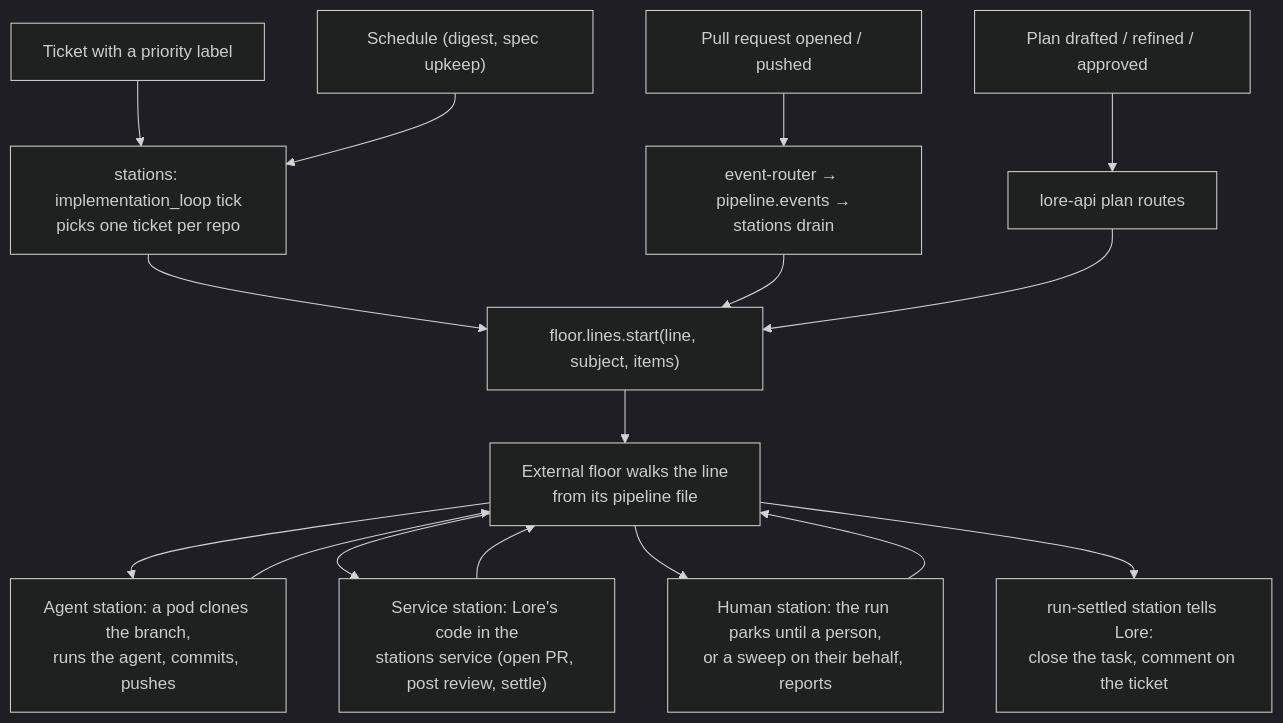
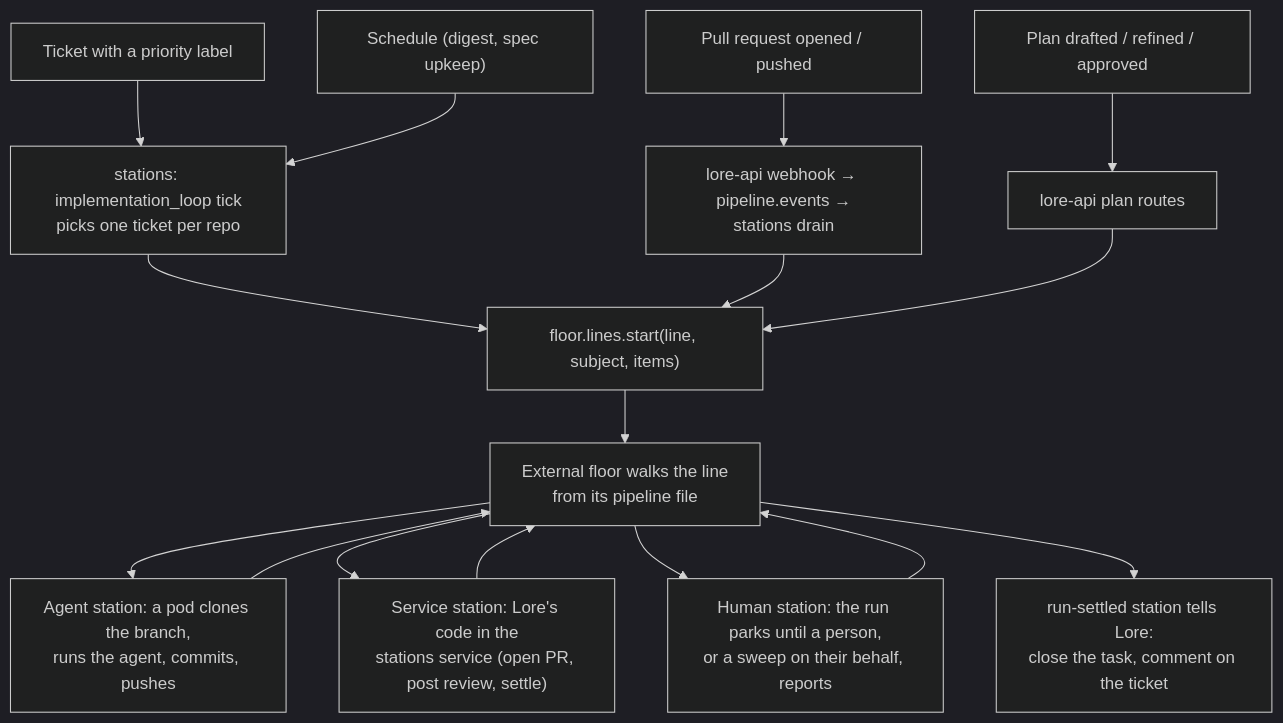
Before and after one commit to re-cinq/lore: the first of 2 diagrams in docs/building-lore/architecture.md, drawn with Mermaid (dark theme). The commit also changed other lines of this file and 70 other files, not shown here.

First line of the commit message:
The event-router is deleted

````diff
--- a/docs/building-lore/architecture.md
+++ b/docs/building-lore/architecture.md
@@ -23,18 +23,18 @@
 ```mermaid
 flowchart TB
     T1["Ticket with a priority label"] --> TICK["stations: implementation_loop tick<br/>picks one ticket per repo"]
-    T2["Pull request opened / pushed"] --> EV["event-router → pipeline.events →<br/>stations drain"]
+    T2["Pull request opened / pushed"] --> EV["lore-api webhook → pipeline.events →<br/>stations drain"]
     T3["Plan drafted / refined / approved"] --> API["lore-api plan routes"]
     T4["Schedule (digest, spec upkeep)"] --> TICK
     TICK --> START["floor.lines.start(line, subject, items)"]
     EV --> START
     API --> START
     START --> FLOOR["External floor walks the line<br/>from its pipeline file"]
     FLOOR --> AG["Agent station: a pod clones the branch,<br/>runs the agent, commits, pushes"]
     FLOOR --> SVC["Service station: Lore's code in the<br/>stations service (open PR, post review, settle)"]
     FLOOR --> HUM["Human station: the run parks until a person,<br/>or a sweep on their behalf, reports"]
     AG --> FLOOR
     SVC --> FLOOR
     HUM --> FLOOR
     FLOOR --> DONE["run-settled station tells Lore:<br/>close the task, comment on the ticket"]
 ```
````
